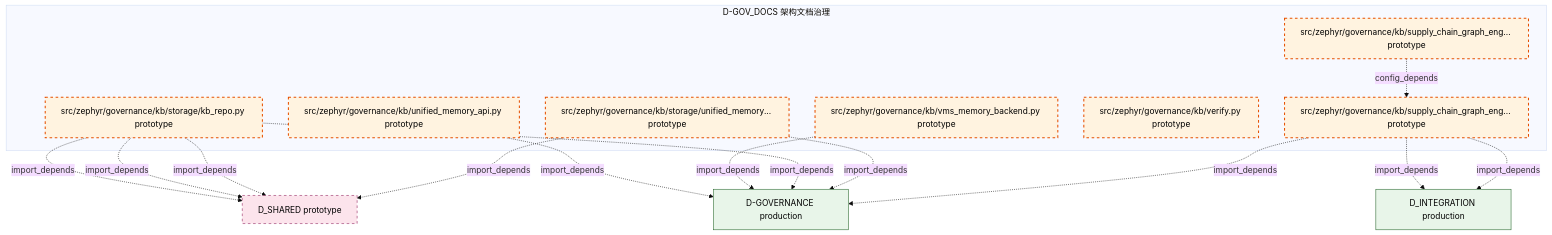
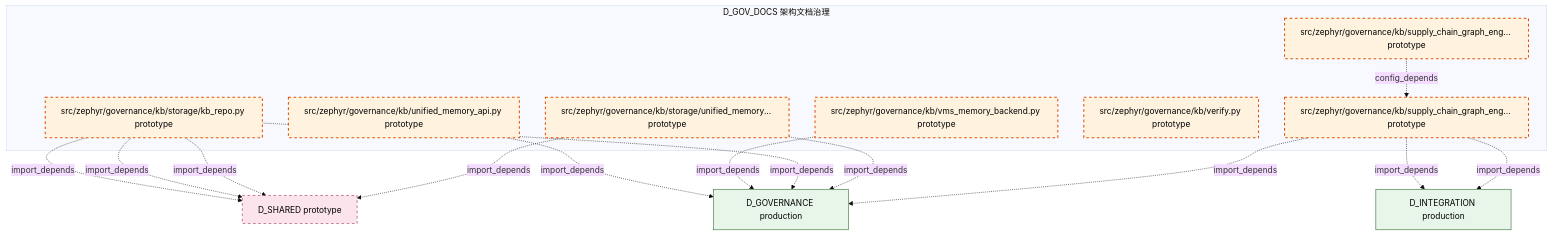
The fifth of 5 diagrams in docs/02_enterprise_architecture/02_domain_architecture_docs/35_d_gov_docs.md (xuanFelixVan/ZephyrAlpha), drawn with Mermaid (base theme) before and after one commit. The commit also changed other lines of this file and 106 other files, not shown here.

````diff
--- a/docs/02_enterprise_architecture/02_domain_architecture_docs/35_d_gov_docs.md
+++ b/docs/02_enterprise_architecture/02_domain_architecture_docs/35_d_gov_docs.md
@@ -274,34 +274,34 @@
 ```mermaid
 graph TD
-    subgraph D_GOV_DOCS["D-GOV_DOCS 架构文档治理"]
+    subgraph D_GOV_DOCS["D_GOV_DOCS 架构文档治理"]
         src_zephyr_governance_kb_storage_kb_repo_py["src/zephyr/governance/kb/storage/kb_repo.py prototype"]
         src_zephyr_governance_kb_storage_unified_memory_api_py["src/zephyr/governance/kb/storage/unified_memory... prototype"]
         src_zephyr_governance_kb_supply_chain_graph_engine_init_py["src/zephyr/governance/kb/supply_chain_graph_eng... prototype"]
         src_zephyr_governance_kb_supply_chain_graph_engine_graph_validator_py["src/zephyr/governance/kb/supply_chain_graph_eng... prototype"]
         src_zephyr_governance_kb_unified_memory_api_py["src/zephyr/governance/kb/unified_memory_api.py prototype"]
         src_zephyr_governance_kb_verify_py["src/zephyr/governance/kb/verify.py prototype"]
         src_zephyr_governance_kb_vms_memory_backend_py["src/zephyr/governance/kb/vms_memory_backend.py prototype"]
     end
     src_zephyr_governance_kb_supply_chain_graph_engine_init_py -.->|config_depends| src_zephyr_governance_kb_supply_chain_graph_engine_graph_validator_py
-    D_GOVERNANCE["D-GOVERNANCE production"]
+    D_GOVERNANCE["D_GOVERNANCE production"]
     src_zephyr_governance_kb_unified_memory_api_py -.->|import_depends| D_GOVERNANCE
     src_zephyr_governance_kb_vms_memory_backend_py -.->|import_depends| D_GOVERNANCE
     D_SHARED["D_SHARED prototype"]
     src_zephyr_governance_kb_storage_kb_repo_py -.->|import_depends| D_SHARED
     src_zephyr_governance_kb_storage_kb_repo_py -.->|import_depends| D_SHARED
     src_zephyr_governance_kb_storage_kb_repo_py -.->|import_depends| D_SHARED
     src_zephyr_governance_kb_storage_kb_repo_py -.->|import_depends| D_GOVERNANCE
     src_zephyr_governance_kb_storage_unified_memory_api_py -.->|import_depends| D_GOVERNANCE
     src_zephyr_governance_kb_storage_unified_memory_api_py -.->|import_depends| D_SHARED
     D_INTEGRATION["D_INTEGRATION production"]
     src_zephyr_governance_kb_supply_chain_graph_engine_graph_validator_py -.->|import_depends| D_INTEGRATION
     src_zephyr_governance_kb_supply_chain_graph_engine_graph_validator_py -.->|import_depends| D_INTEGRATION
     src_zephyr_governance_kb_supply_chain_graph_engine_graph_validator_py -.->|import_depends| D_GOVERNANCE
     classDef production fill:#e1f5fe,stroke:#01579b,stroke-width:2px,color:#000
     classDef design fill:#fff3e0,stroke:#e65100,stroke-width:2px,color:#000,stroke-dasharray: 5 5
     classDef external_prod fill:#e8f5e9,stroke:#1b5e20,stroke-width:1px,color:#000
     classDef external_design fill:#fce4ec,stroke:#880e4f,stroke-width:1px,color:#000,stroke-dasharray: 5 5
     class src_zephyr_governance_kb_storage_kb_repo_py,src_zephyr_governance_kb_storage_unified_memory_api_py,src_zephyr_governance_kb_supply_chain_graph_engine_init_py,src_zephyr_governance_kb_supply_chain_graph_engine_graph_validator_py,src_zephyr_governance_kb_unified_memory_api_py,src_zephyr_governance_kb_verify_py,src_zephyr_governance_kb_vms_memory_backend_py design
     class D_GOVERNANCE,D_INTEGRATION external_prod
     class D_SHARED external_design
 ```
````
